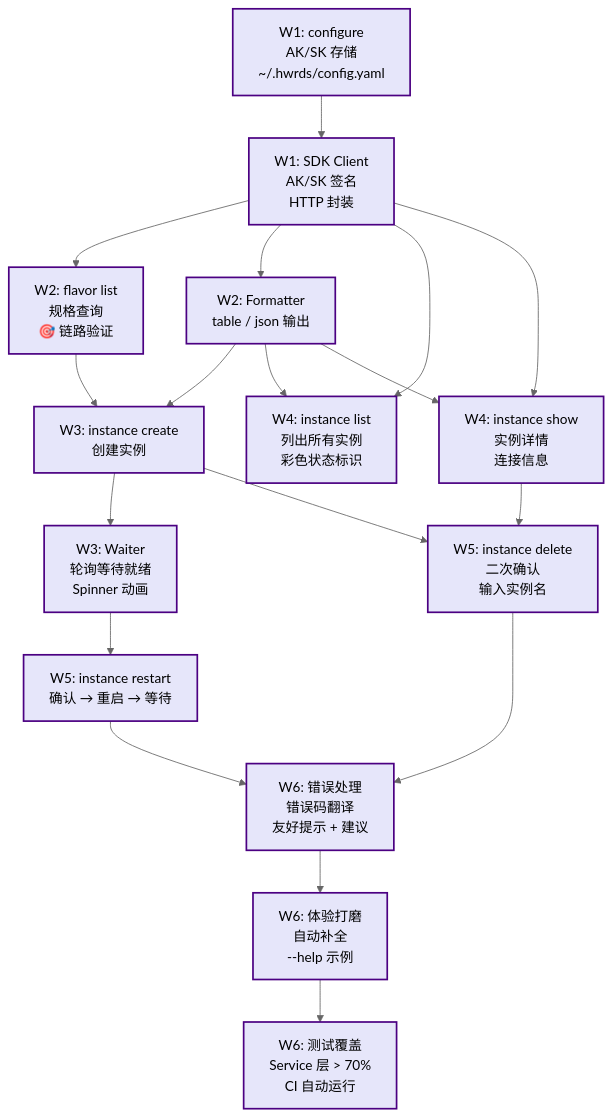
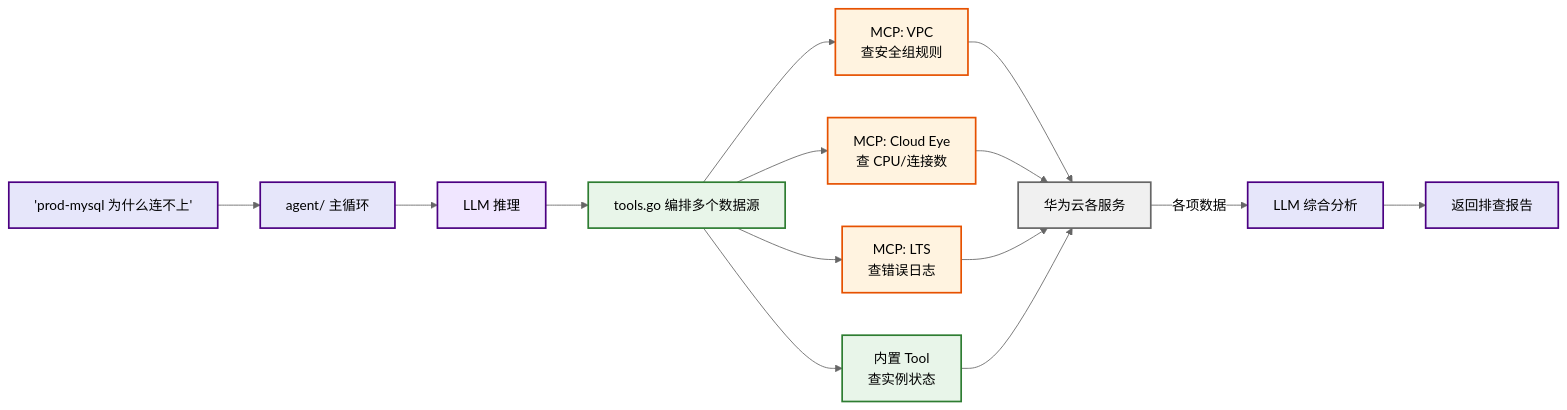
The tenth of 15 diagrams in docs/projects/cli-agent/index.md (youweichen0208/blog), drawn with Mermaid (neutral theme) before and after one commit. The commit also changed other lines of this file, not shown here.

Commit message:
openTaurus cli架构图

````diff
--- a/docs/projects/cli-agent/index.md
+++ b/docs/projects/cli-agent/index.md
@@ -504,48 +581,33 @@
 ```mermaid
-graph TD
-    W1_CONF["W1: configure<br/>AK/SK 存储<br/>~/.hwrds/config.yaml"]
-    W1_SDK["W1: SDK Client<br/>AK/SK 签名<br/>HTTP 封装"]
-    W2_FLAVOR["W2: flavor list<br/>规格查询<br/>🎯 链路验证"]
-    W2_FMT["W2: Formatter<br/>table / json 输出"]
-    W3_CREATE["W3: instance create<br/>创建实例"]
-    W3_WAITER["W3: Waiter<br/>轮询等待就绪<br/>Spinner 动画"]
-    W4_LIST["W4: instance list<br/>列出所有实例<br/>彩色状态标识"]
-    W4_SHOW["W4: instance show<br/>实例详情<br/>连接信息"]
-    W5_DELETE["W5: instance delete<br/>二次确认<br/>输入实例名"]
-    W5_RESTART["W5: instance restart<br/>确认 → 重启 → 等待"]
-    W6_ERROR["W6: 错误处理<br/>错误码翻译<br/>友好提示 + 建议"]
-    W6_POLISH["W6: 体验打磨<br/>自动补全<br/>--help 示例"]
-    W6_TEST["W6: 测试覆盖<br/>Service 层 > 70%<br/>CI 自动运行"]
+graph LR
+    M1["'prod-mysql 为什么连不上'"]
+    M2["agent/ 主循环"]
+    M3["LLM 推理"]
+    M4["tools.go 编排多个数据源"]
+    M5_A["MCP: VPC<br/>查安全组规则"]
+    M5_B["MCP: Cloud Eye<br/>查 CPU/连接数"]
+    M5_C["MCP: LTS<br/>查错误日志"]
+    M5_D["内置 Tool<br/>查实例状态"]
+    M6["华为云各服务"]
+    M7["LLM 综合分析"]
+    M8["返回排查报告"]
 
-    W1_CONF --> W1_SDK
-    W1_SDK --> W2_FLAVOR
-    W1_SDK --> W2_FMT
-    W2_FLAVOR --> W3_CREATE
-    W2_FMT --> W3_CREATE
-    W3_CREATE --> W3_WAITER
-    W1_SDK --> W4_LIST
-    W1_SDK --> W4_SHOW
-    W2_FMT --> W4_LIST
-    W2_FMT --> W4_SHOW
-    W3_CREATE --> W5_DELETE
-    W4_SHOW --> W5_DELETE
-    W3_WAITER --> W5_RESTART
-    W5_DELETE --> W6_ERROR
-    W5_RESTART --> W6_ERROR
-    W6_ERROR --> W6_POLISH
-    W6_POLISH --> W6_TEST
+    M1 --> M2 --> M3 --> M4
+    M4 --> M5_A --> M6
+    M4 --> M5_B --> M6
+    M4 --> M5_C --> M6
+    M4 --> M5_D --> M6
+    M6 -->|"各项数据"| M7 --> M8
 
-    classDef w1 fill:#E6E6FA,stroke:#4B0082,stroke-width:2px,color:#000
-    classDef w2 fill:#E6E6FA,stroke:#4B0082,stroke-width:2px,color:#000
-    classDef w3 fill:#E6E6FA,stroke:#4B0082,stroke-width:2px,color:#000
-    classDef w4 fill:#E6E6FA,stroke:#4B0082,stroke-width:2px,color:#000
-    classDef w5 fill:#E6E6FA,stroke:#4B0082,stroke-width:2px,color:#000
-    classDef w6 fill:#E6E6FA,stroke:#4B0082,stroke-width:2px,color:#000
+    classDef nodeStyle fill:#E6E6FA,stroke:#4B0082,stroke-width:2px,color:#000
+    classDef mcpStyle fill:#FFF3E0,stroke:#E65100,stroke-width:2px,color:#000
+    classDef diagStyle fill:#E8F5E9,stroke:#2E7D32,stroke-width:2px,color:#000
+    classDef decisionStyle fill:#F0E6FF,stroke:#4B0082,stroke-width:2px,color:#000
+    classDef externalStyle fill:#F0F0F0,stroke:#666,stroke-width:2px,color:#000
 
-    class W1_CONF,W1_SDK w1
-    class W2_FLAVOR,W2_FMT w2
-    class W3_CREATE,W3_WAITER w3
-    class W4_LIST,W4_SHOW w4
-    class W5_DELETE,W5_RESTART w5
-    class W6_ERROR,W6_POLISH,W6_TEST w6
+    class M1,M2,M7,M8 nodeStyle
+    class M3 decisionStyle
+    class M5_A,M5_B,M5_C mcpStyle
+    class M4,M5_D diagStyle
+    class M6 externalStyle
 ```
````
